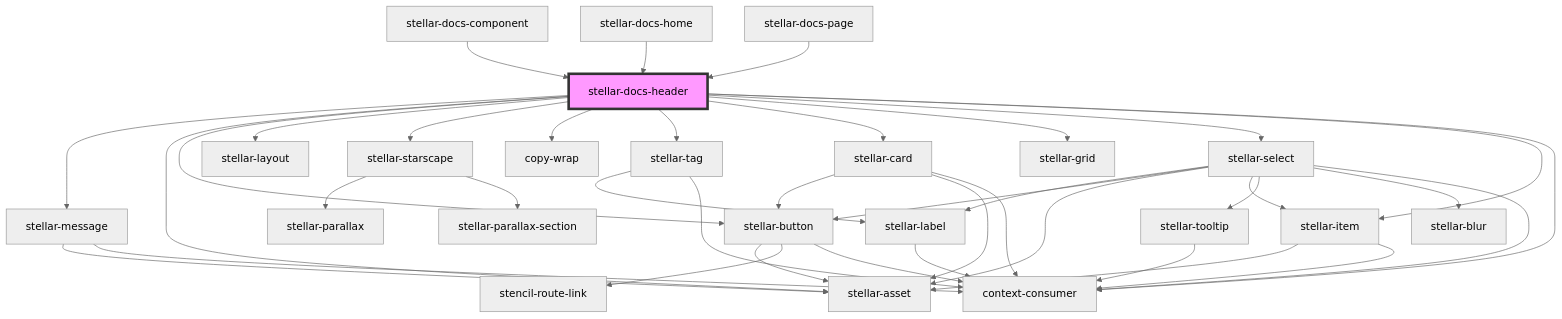
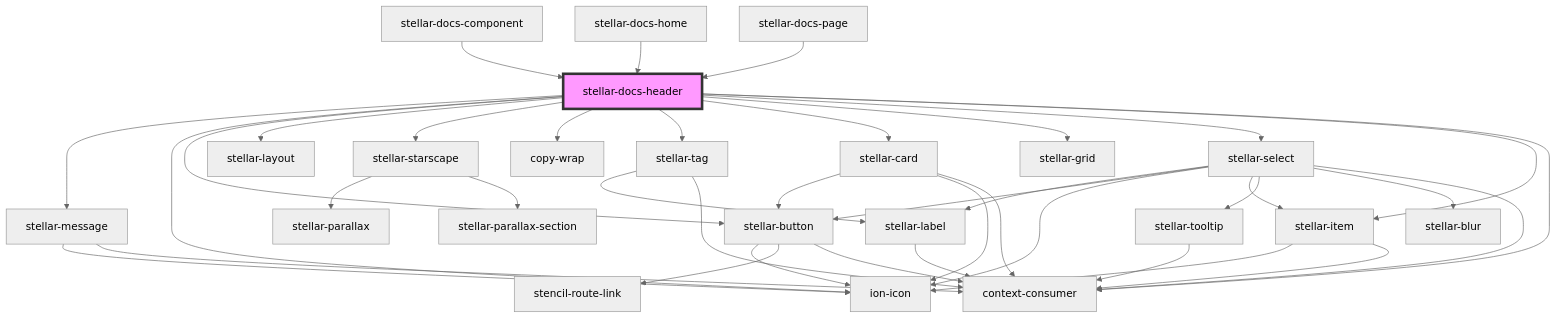
One commit to splitinfinities/Stellar changed the diagram in src/components/docs/header/readme.md. Above: the diagram before and after it, drawn with Mermaid (neutral theme). The commit also changed other lines of this file and 108 other files, not shown here.

Commit message:
Remove stellar-asset.

````diff
--- a/src/components/docs/header/readme.md
+++ b/src/components/docs/header/readme.md
@@ -45,42 +45,42 @@
 ```mermaid
 graph TD;
   stellar-docs-header --> stellar-message
-  stellar-docs-header --> stellar-asset
+  stellar-docs-header --> ion-icon
   stellar-docs-header --> stellar-button
   stellar-docs-header --> stellar-layout
   stellar-docs-header --> stellar-starscape
   stellar-docs-header --> copy-wrap
   stellar-docs-header --> stellar-tag
   stellar-docs-header --> stellar-card
   stellar-docs-header --> stellar-grid
   stellar-docs-header --> stellar-select
   stellar-docs-header --> stellar-item
   stellar-docs-header --> context-consumer
-  stellar-message --> stellar-asset
+  stellar-message --> ion-icon
   stellar-message --> context-consumer
-  stellar-button --> stellar-asset
+  stellar-button --> ion-icon
   stellar-button --> stencil-route-link
   stellar-button --> context-consumer
   stellar-starscape --> stellar-parallax
   stellar-starscape --> stellar-parallax-section
   stellar-tag --> stellar-label
   stellar-tag --> context-consumer
   stellar-label --> context-consumer
   stellar-card --> stellar-button
-  stellar-card --> stellar-asset
+  stellar-card --> ion-icon
   stellar-card --> context-consumer
   stellar-select --> stellar-label
   stellar-select --> stellar-button
-  stellar-select --> stellar-asset
+  stellar-select --> ion-icon
   stellar-select --> stellar-item
   stellar-select --> stellar-tooltip
   stellar-select --> stellar-blur
   stellar-select --> context-consumer
-  stellar-item --> stellar-asset
+  stellar-item --> ion-icon
   stellar-item --> context-consumer
   stellar-tooltip --> context-consumer
   stellar-docs-component --> stellar-docs-header
   stellar-docs-home --> stellar-docs-header
   stellar-docs-page --> stellar-docs-header
   style stellar-docs-header fill:#f9f,stroke:#333,stroke-width:4px
 ```
````
